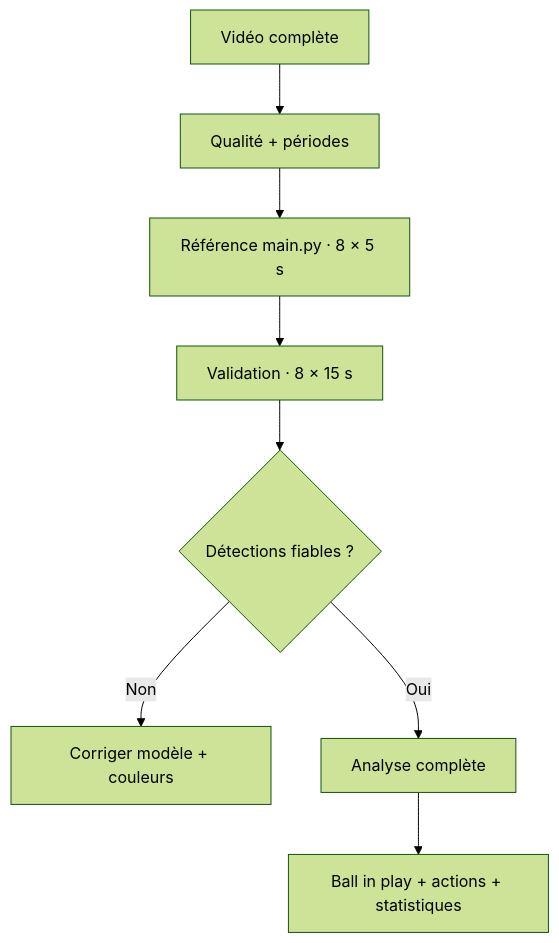
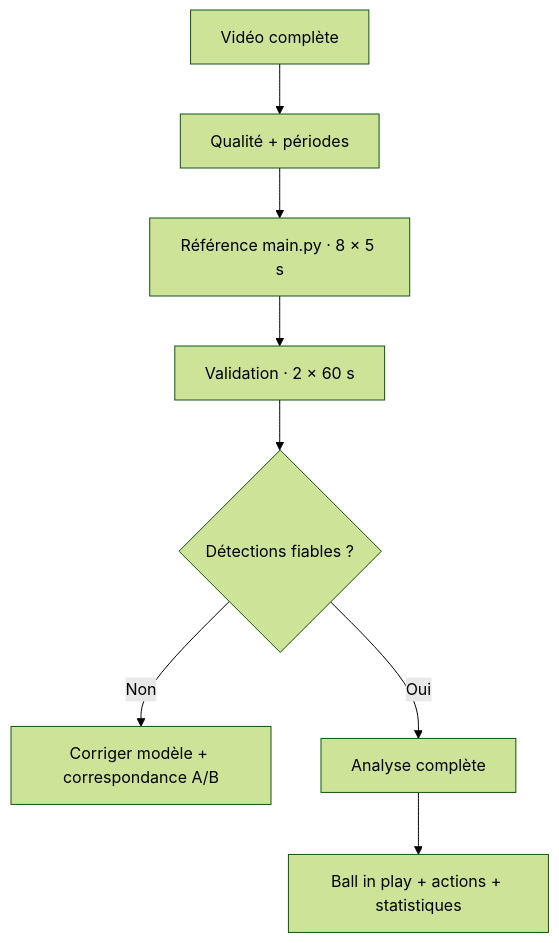
One commit to hammouda93/football-tracking changed the diagram in README.md. Above: the diagram before and after it, drawn with Mermaid (forest theme). The commit also changed other lines of this file and 9 other files, not shown here.

````diff
--- a/README.md
+++ b/README.md
@@ -28,10 +30,10 @@
 ```mermaid
 flowchart TD
     A["Vidéo complète"] --> B["Qualité + périodes"]
     B --> C["Référence main.py · 8 × 5 s"]
-    C --> D["Validation · 8 × 15 s"]
+    C --> D["Validation · 2 × 60 s"]
     D --> E{"Détections fiables ?"}
-    E -->|Non| F["Corriger modèle + couleurs"]
+    E -->|Non| F["Corriger modèle + correspondance A/B"]
     E -->|Oui| G["Analyse complète"]
     G --> H["Ball in play + actions + statistiques"]
 ```
````
